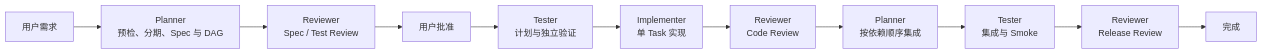
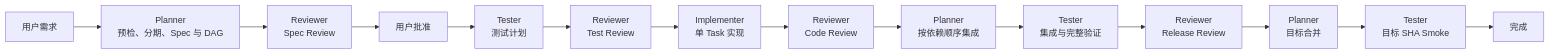
One commit to lichong-a/ric-dev-workflow-skills changed the diagram in README.md. Above: the diagram before and after it, drawn with Mermaid. The commit also changed other lines of this file and 32 other files, not shown here.

````diff
--- a/README.md
+++ b/README.md
@@ -40,13 +40,16 @@
 ```mermaid
 flowchart LR
     U[用户需求] --> P[Planner<br/>预检、分期、Spec 与 DAG]
-    P --> R1[Reviewer<br/>Spec / Test Review]
+    P --> R1[Reviewer<br/>Spec Review]
     R1 --> A[用户批准]
-    A --> T[Tester<br/>计划与独立验证]
-    T --> I[Implementer<br/>单 Task 实现]
+    A --> T[Tester<br/>测试计划]
+    T --> R4[Reviewer<br/>Test Review]
+    R4 --> I[Implementer<br/>单 Task 实现]
     I --> R2[Reviewer<br/>Code Review]
     R2 --> P2[Planner<br/>按依赖顺序集成]
-    P2 --> T2[Tester<br/>集成与 Smoke]
+    P2 --> T2[Tester<br/>集成与完整验证]
     T2 --> R3[Reviewer<br/>Release Review]
-    R3 --> D[完成]
+    R3 --> M[Planner<br/>目标合并]
+    M --> S[Tester<br/>目标 SHA Smoke]
+    S --> D[完成]
 ```
````
